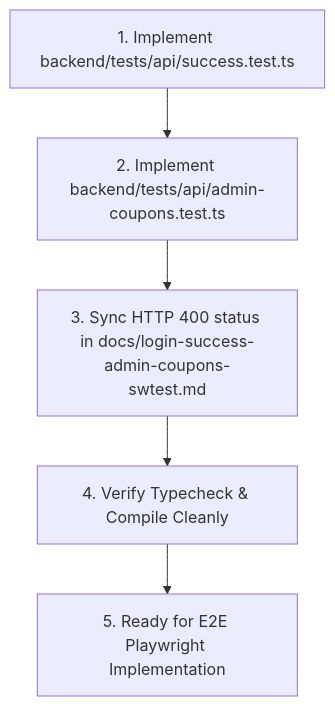
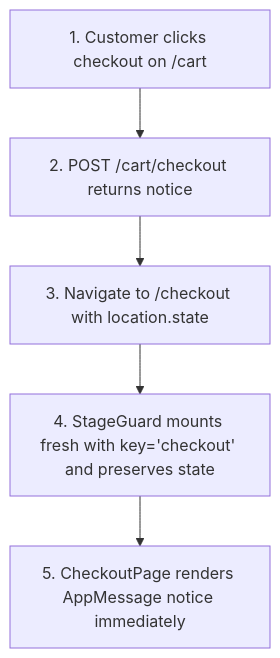
The diagram in .agents/context_tracker.md (YummyAom/software-testing-srs-cart), drawn with Mermaid before and after one commit. The commit also changed other lines of this file and 16 other files, not shown here.

First line of the commit message:
Nat's E2E Add end-to-end tests for admin coupons, login, and success pages

````diff
--- a/.agents/context_tracker.md
+++ b/.agents/context_tracker.md
@@ -16,7 +3,7 @@
 ```mermaid
 flowchart TD
-    S1["1. Implement backend/tests/api/success.test.ts"] --> S2["2. Implement backend/tests/api/admin-coupons.test.ts"]
-    S2 --> S3["3. Sync HTTP 400 status in docs/login-success-admin-coupons-swtest.md"]
-    S3 --> S4["4. Verify Typecheck & Compile Cleanly"]
-    S4 --> S5["5. Ready for E2E Playwright Implementation"]
+    Step1["1. Customer clicks checkout on /cart"] --> Step2["2. POST /cart/checkout returns notice"]
+    Step2 --> Step3["3. Navigate to /checkout with location.state"]
+    Step3 --> Step4["4. StageGuard mounts fresh with key='checkout' and preserves state"]
+    Step4 --> Step5["5. CheckoutPage renders AppMessage notice immediately"]
 ```
````
